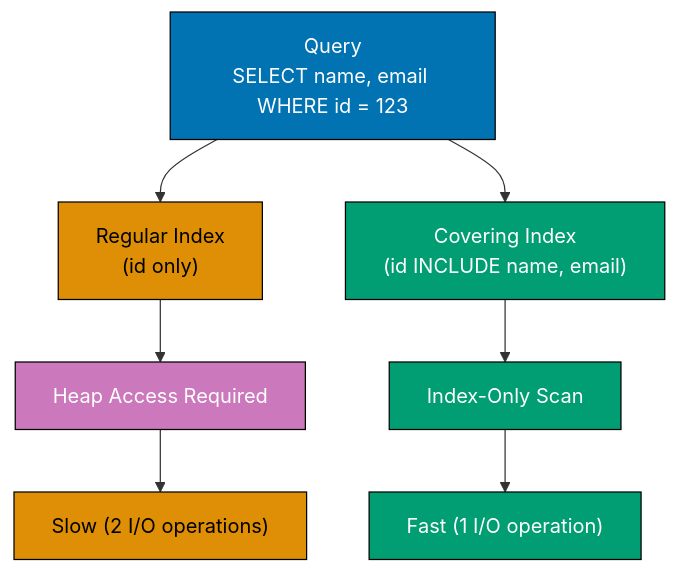
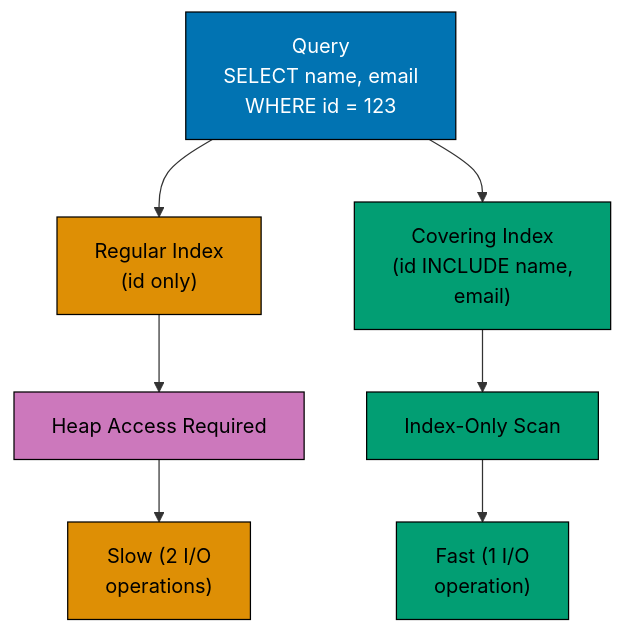
One commit to wahidyankf/ose-public changed the fourth of 10 diagrams in apps/ayokoding-www/content/en/learn/legacy/software-engineering/data/databases/postgresql/by-example/advanced.md. Above: the diagram before and after it, drawn with Mermaid. The commit also changed other lines of this file and 131 other files, not shown here.

First line of the commit message:
fix(mermaid): bring the legacy data, infrastructure, and testing diagrams onto the accessible palette

````diff
--- a/apps/ayokoding-www/content/en/learn/legacy/software-engineering/data/databases/postgresql/by-example/advanced.md
+++ b/apps/ayokoding-www/content/en/learn/legacy/software-engineering/data/databases/postgresql/by-example/advanced.md
@@ -520,26 +542,33 @@
 ```mermaid
 %% Color Palette: Blue #0173B2, Orange #DE8F05, Teal #029E73, Purple #CC78BC, Brown #CA9161
 graph TD
-    A["Query<br/>SELECT name, email WHERE id = 123"]
+    accTitle: Example 64: Covering Indexes
+    accDescr: Graph with 7 nodes and 6 connections. Nodes: Query SELECT name, email WHERE id = 123, Regular Index (id only), Covering Index (id INCLUDE name, email), Heap Access Required, Index-Only Scan, Slow (2 I/O operations), Fast (1 I/O operation). Connections: Query SELECT name, email WHERE id = 123 to Regular Index (id only), Query SELECT name, email WHERE id = 123 to Covering Index (id INCLUDE name, email), Regular Index (id only) to Heap Access Required, Covering Index (id INCLUDE name, email) to Index-Only Scan, Heap Access Required to Slow (2 I/O operations), Index-Only Scan to Fast (1 I/O operation).
+    A["Query<br/>SELECT name, email<br/>WHERE id = 123"]
     B["Regular Index<br/>(id only)"]
-    C["Covering Index<br/>(id INCLUDE name, email)"]
+    C["Covering Index<br/>(id INCLUDE name,<br/>email)"]
     D["Heap Access Required"]
     E["Index-Only Scan"]
-    F["Slow (2 I/O operations)"]
-    G["Fast (1 I/O operation)"]
+    F["Slow (2 I/O<br/>operations)"]
+    G["Fast (1 I/O<br/>operation)"]
 
     A --> B
     A --> C
     B --> D
     C --> E
     D --> F
     E --> G
 
-    style A fill:#0173B2,stroke:#000,color:#fff
-    style B fill:#DE8F05,stroke:#000,color:#000
-    style C fill:#029E73,stroke:#000,color:#fff
-    style D fill:#CC78BC,stroke:#000,color:#fff
-    style E fill:#029E73,stroke:#000,color:#fff
-    style F fill:#DE8F05,stroke:#000,color:#000
-    style G fill:#029E73,stroke:#000,color:#fff
+    classDef pal-0173B2 fill:#0173B2,stroke:#000000,color:#FFFFFF
+    class A pal-0173B2
+    classDef pal-DE8F05 fill:#DE8F05,stroke:#000000,color:#000000
+    class B pal-DE8F05
+    classDef pal-029E73 fill:#029E73,stroke:#000000,color:#000000
+    class C pal-029E73
+    classDef pal-CC78BC fill:#CC78BC,stroke:#000000,color:#000000
+    class D pal-CC78BC
+    class E pal-029E73
+    class F pal-DE8F05
+    class G pal-029E73
+    classDef default fill:#FFFFFF,stroke:#000000,color:#000000
 ```
````
